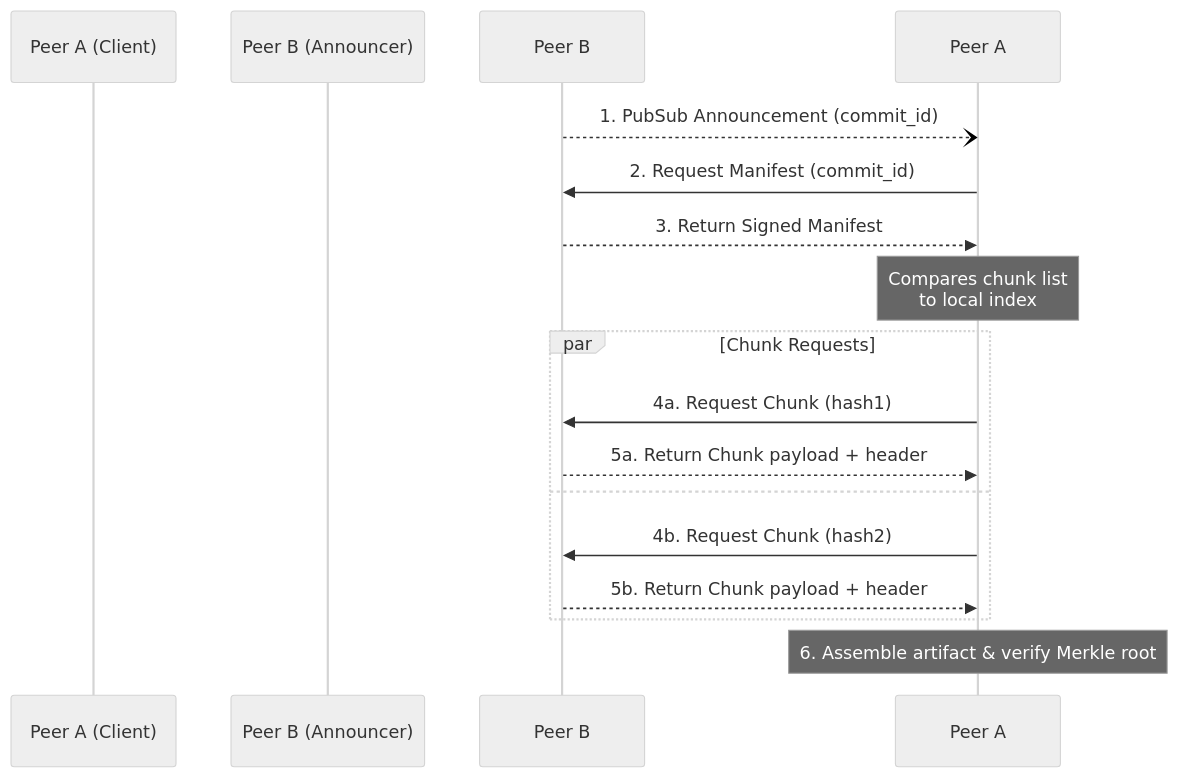
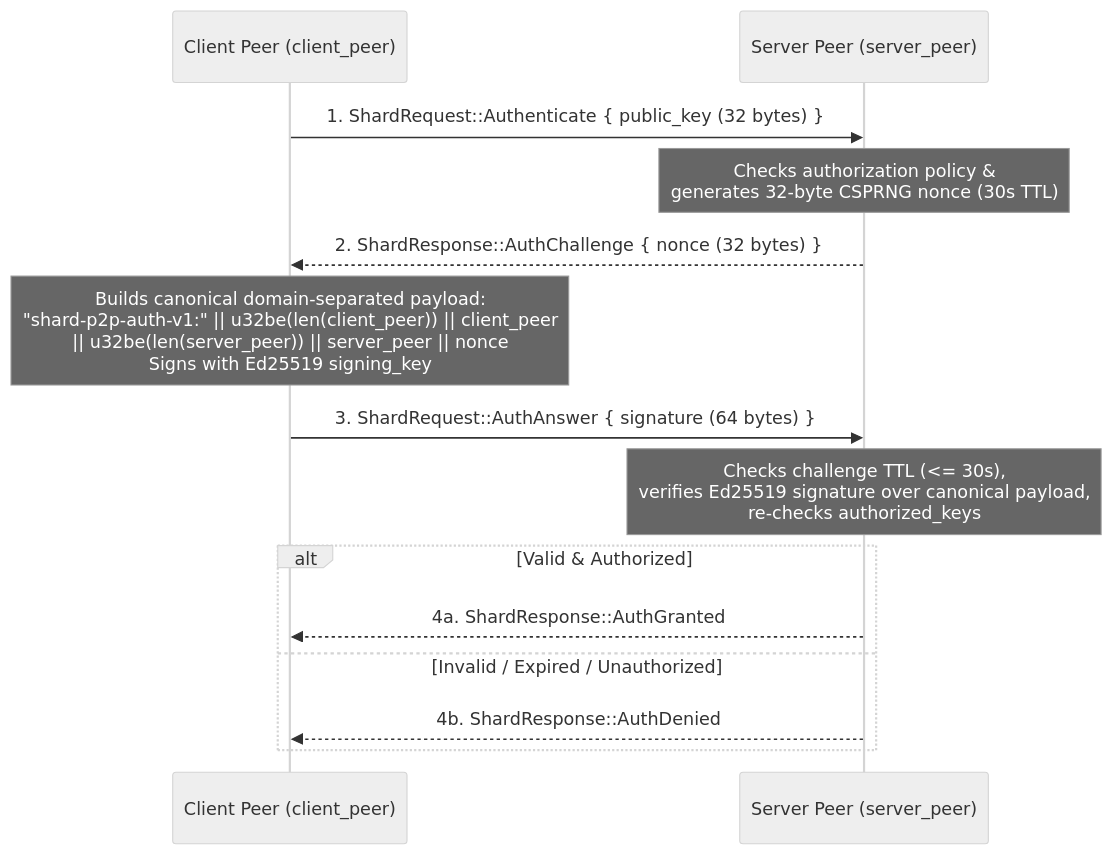
The diagram in docs/src/protocol.md (sandy-sachin7/shard), drawn with Mermaid (neutral theme) before and after one commit. The commit also changed other lines of this file and 42 other files, not shown here.

````diff
--- a/docs/src/protocol.md
+++ b/docs/src/protocol.md
@@ -52,21 +53,19 @@
 ```mermaid
 sequenceDiagram
-    participant Peer A (Client)
-    participant Peer B (Announcer)
-    
-    Peer B--)Peer A: 1. PubSub Announcement (commit_id)
-    Peer A->>Peer B: 2. Request Manifest (commit_id)
-    Peer B-->>Peer A: 3. Return Signed Manifest
-    
-    Note over Peer A: Compares chunk list<br/>to local index
-    
-    par Chunk Requests
-        Peer A->>Peer B: 4a. Request Chunk (hash1)
-        Peer B-->>Peer A: 5a. Return Chunk payload + header
-    and
-        Peer A->>Peer B: 4b. Request Chunk (hash2)
-        Peer B-->>Peer A: 5b. Return Chunk payload + header
+    participant C as Client Peer (client_peer)
+    participant S as Server Peer (server_peer)
+
+    C->>S: 1. ShardRequest::Authenticate { public_key (32 bytes) }
+    Note over S: Checks authorization policy &<br/>generates 32-byte CSPRNG nonce (30s TTL)
+    S-->>C: 2. ShardResponse::AuthChallenge { nonce (32 bytes) }
+
+    Note over C: Builds canonical domain-separated payload:<br/>"shard-p2p-auth-v1:" || u32be(len(client_peer)) || client_peer<br/>|| u32be(len(server_peer)) || server_peer || nonce<br/>Signs with Ed25519 signing_key
+
+    C->>S: 3. ShardRequest::AuthAnswer { signature (64 bytes) }
+    Note over S: Checks challenge TTL (<= 30s),<br/>verifies Ed25519 signature over canonical payload,<br/>re-checks authorized_keys
+    alt Valid & Authorized
+        S-->>C: 4a. ShardResponse::AuthGranted
+    else Invalid / Expired / Unauthorized
+        S-->>C: 4b. ShardResponse::AuthDenied
     end
-    
-    Note over Peer A: 6. Assemble artifact & verify Merkle root
 ```
````
